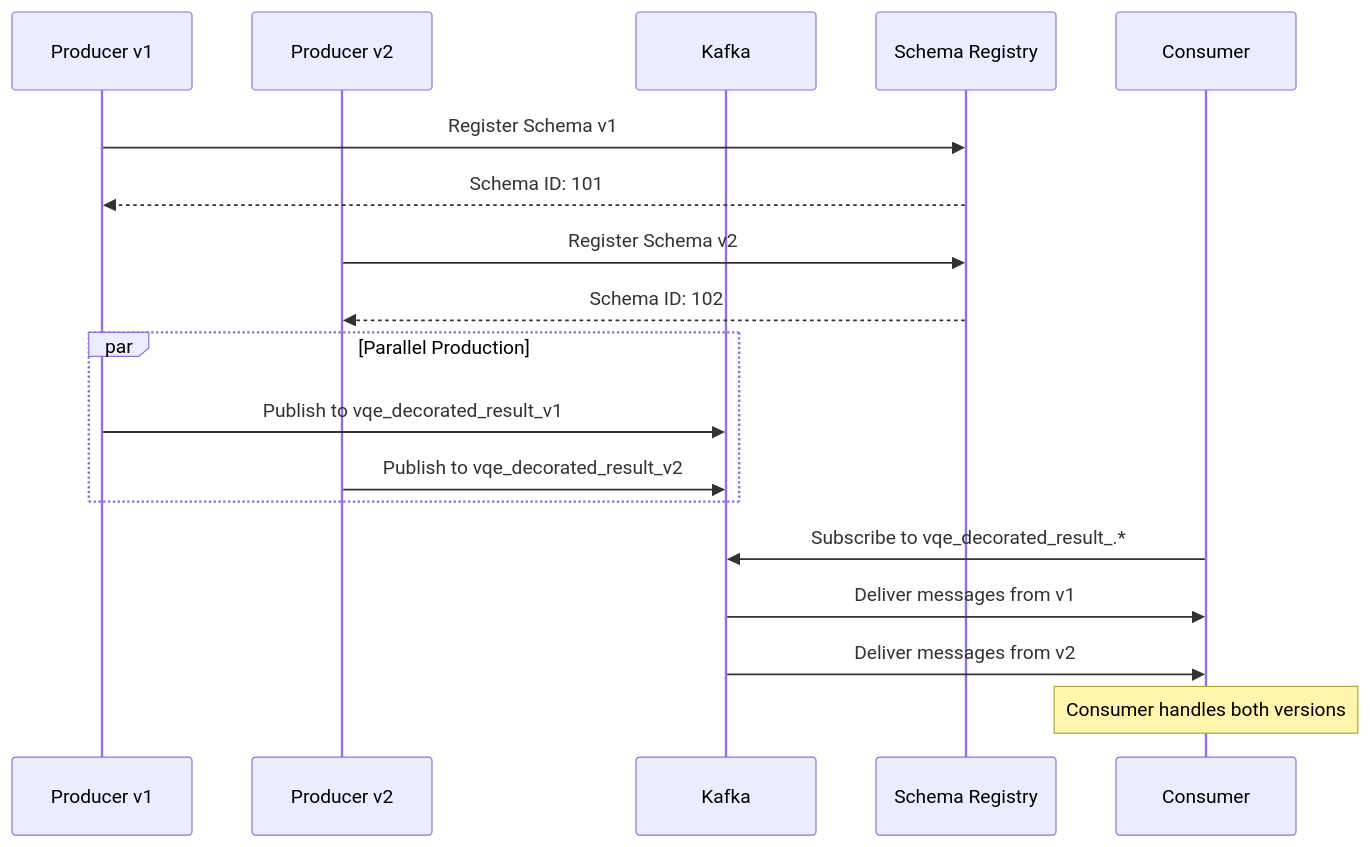
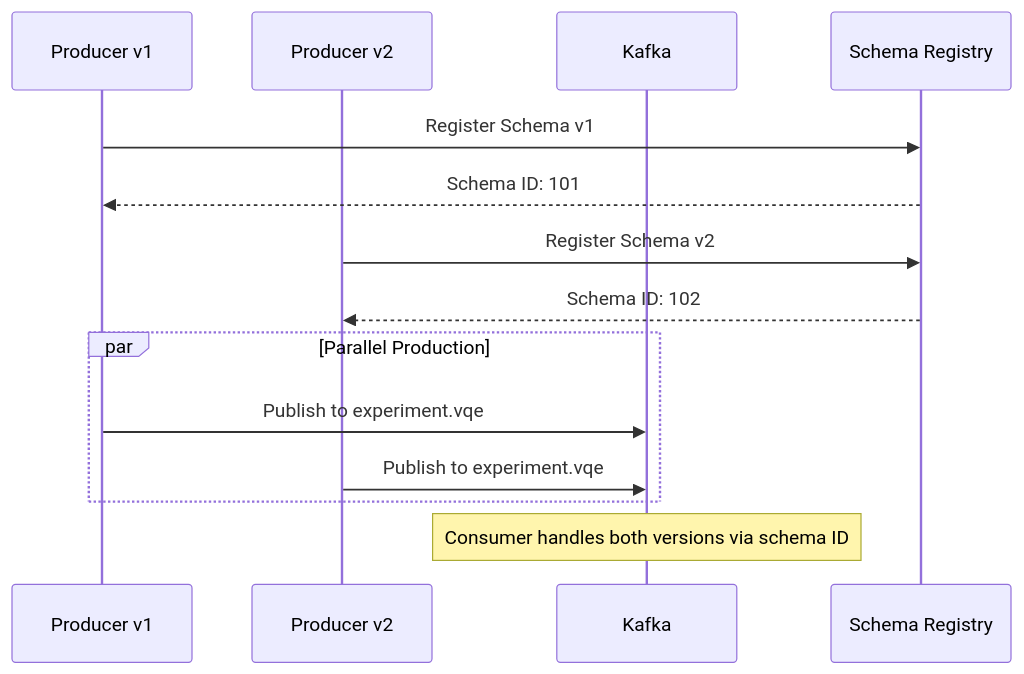
The third of 7 diagrams in docs/architecture/system-design.md (straightchlorine/quantum-pipeline), drawn with Mermaid before and after one commit. The commit also changed other lines of this file and 146 other files, not shown here.

````diff
--- a/docs/architecture/system-design.md
+++ b/docs/architecture/system-design.md
@@ -382,25 +119,20 @@
 ```mermaid
 sequenceDiagram
     participant P1 as Producer v1
     participant P2 as Producer v2
     participant K as Kafka
     participant SR as Schema Registry
-    participant C as Consumer
 
     P1->>SR: Register Schema v1
     SR-->>P1: Schema ID: 101
 
     P2->>SR: Register Schema v2
     SR-->>P2: Schema ID: 102
 
     par Parallel Production
-        P1->>K: Publish to vqe_decorated_result_v1
-        P2->>K: Publish to vqe_decorated_result_v2
+        P1->>K: Publish to experiment.vqe
+        P2->>K: Publish to experiment.vqe
     end
 
-    C->>K: Subscribe to vqe_decorated_result_.*
-    K->>C: Deliver messages from v1
-    K->>C: Deliver messages from v2
-
-    Note over C: Consumer handles both versions
+    Note over K: Consumer handles both versions via schema ID
 ```
````
